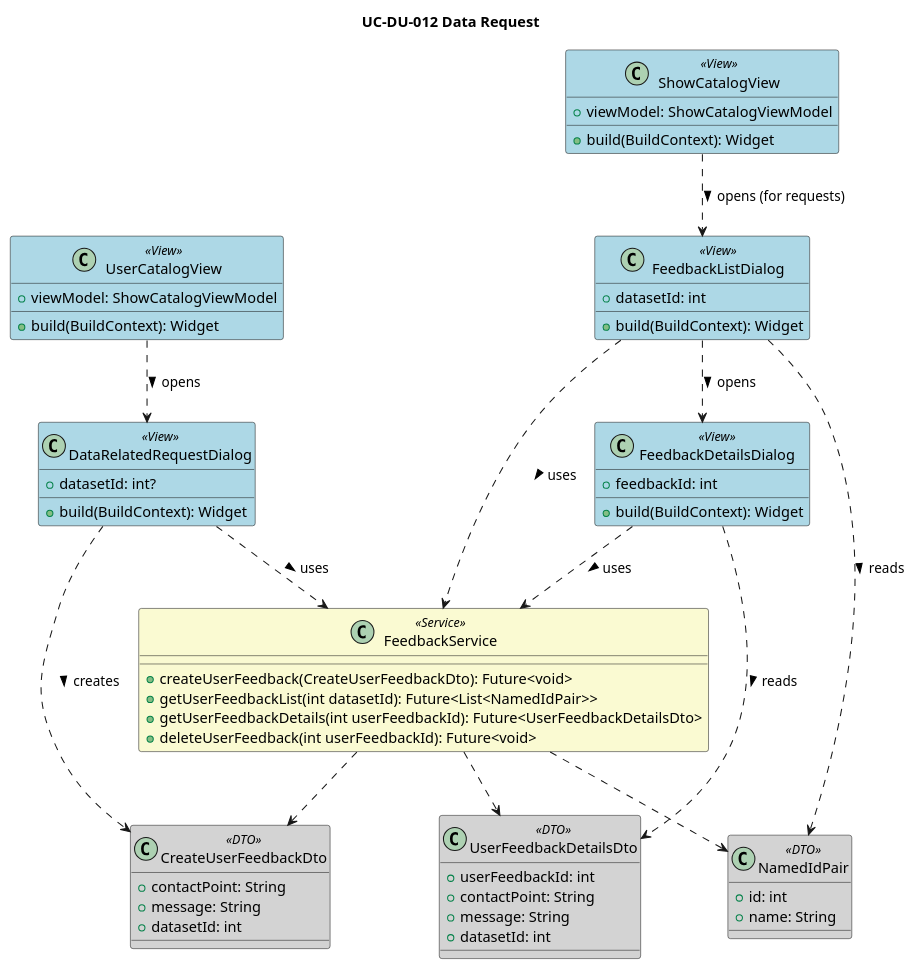
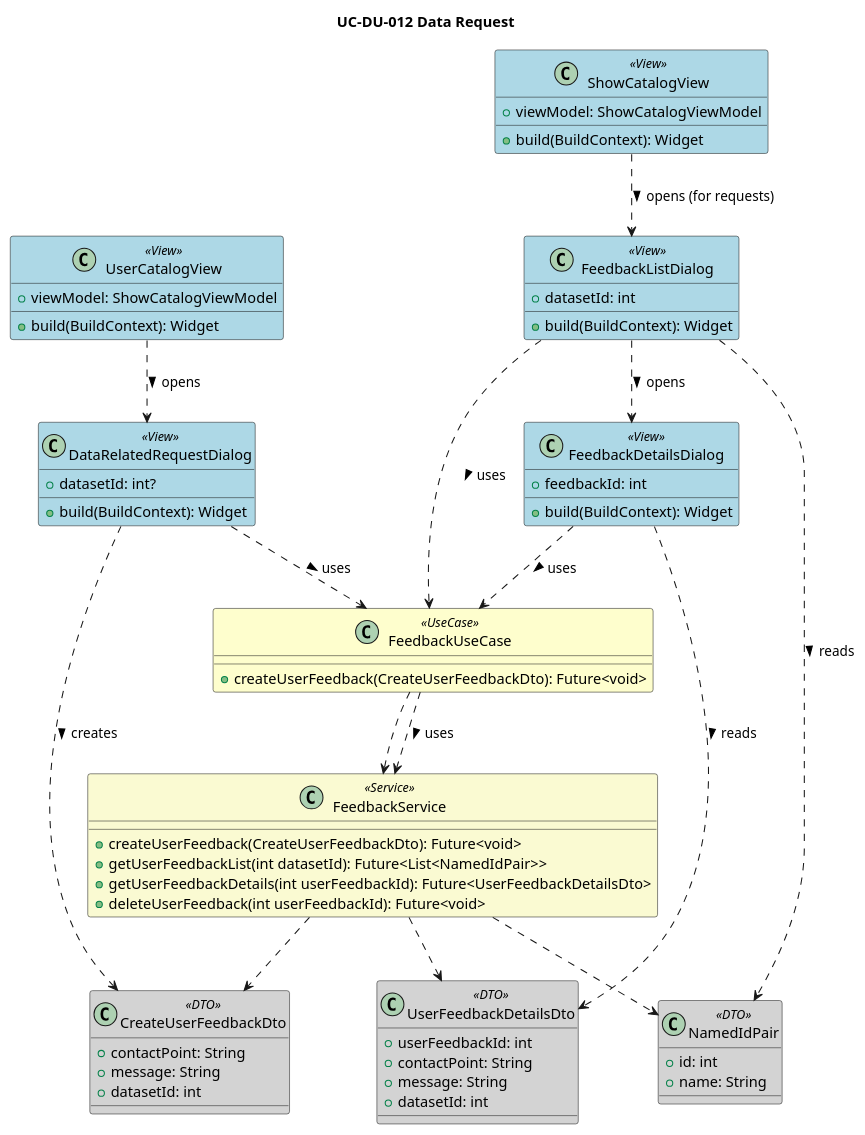
Before and after one commit to Kuaaro/ProjOprog-Front: the diagram in proj_oprog_front/docs/UC-DU-012 Data Request/classes.puml, drawn with PlantUML. The commit also changed 7 other files, not shown here.

```diff
--- a/proj_oprog_front/docs/UC-DU-012 Data Request/classes.puml
+++ b/proj_oprog_front/docs/UC-DU-012 Data Request/classes.puml
@@ -1,87 +1,93 @@
 @startuml
 title UC-DU-012 Data Request
 
 '--- STYLE CONFIGURATION ---
 skinparam class {
     BackgroundColor<<View>> LightBlue
     BackgroundColor<<ViewModel>> #D0F0F5
     BackgroundColor<<Controller>> #FFAB91
     BackgroundColor<<UseCase>> #FEFECD
     BackgroundColor<<Presenter>> #90EE90
     BackgroundColor<<Service>> #FAFAD2
     BackgroundColor<<DTO>> #D3D3D3
 }
 
 '--- VIEWS ---
 class UserCatalogView <<View>> {
   +viewModel: ShowCatalogViewModel
   +build(BuildContext): Widget
 }
 
 class DataRelatedRequestDialog <<View>> {
   +datasetId: int?
   +build(BuildContext): Widget
 }
 
 class ShowCatalogView <<View>> {
   +viewModel: ShowCatalogViewModel
   +build(BuildContext): Widget
 }
 
 class FeedbackListDialog <<View>> {
   +datasetId: int
   +build(BuildContext): Widget
 }
 
 class FeedbackDetailsDialog <<View>> {
   +feedbackId: int
   +build(BuildContext): Widget
 }
 
-'--- SERVICE ---
+'--- USE CASE & SERVICE ---
+class FeedbackUseCase <<UseCase>> {
+  +createUserFeedback(CreateUserFeedbackDto): Future<void>
+}
+
 class FeedbackService <<Service>> {
   +createUserFeedback(CreateUserFeedbackDto): Future<void>
   +getUserFeedbackList(int datasetId): Future<List<NamedIdPair>>
   +getUserFeedbackDetails(int userFeedbackId): Future<UserFeedbackDetailsDto>
   +deleteUserFeedback(int userFeedbackId): Future<void>
 }
 
 '--- DTOs ---
 class CreateUserFeedbackDto <<DTO>> {
   +contactPoint: String
   +message: String
   +datasetId: int
 }
 
 class NamedIdPair <<DTO>> {
   +id: int
   +name: String
 }
 
 class UserFeedbackDetailsDto <<DTO>> {
   +userFeedbackId: int
   +contactPoint: String
   +message: String
   +datasetId: int
 }
 
 '--- RELATIONSHIPS ---
-' Requesting Data (User Side)
+' Requesting Data (User Side, UC-DU-012)
 UserCatalogView ..> DataRelatedRequestDialog : opens >
-DataRelatedRequestDialog ..> FeedbackService : uses >
+DataRelatedRequestDialog ..> FeedbackUseCase : uses >
+FeedbackUseCase ..> FeedbackService : uses >
 DataRelatedRequestDialog ..> CreateUserFeedbackDto : creates >
 
-' Viewing Requests (Manager Side)
+' Viewing Requests (Manager Side, UC-DU-011)
 ShowCatalogView ..> FeedbackListDialog : opens (for requests) >
 FeedbackListDialog ..> FeedbackDetailsDialog : opens >
-FeedbackListDialog ..> FeedbackService : uses >
-FeedbackDetailsDialog ..> FeedbackService : uses >
+FeedbackListDialog ..> FeedbackUseCase : uses >
+FeedbackDetailsDialog ..> FeedbackUseCase : uses >
+FeedbackUseCase ..> FeedbackService
 
 FeedbackService ..> CreateUserFeedbackDto
 FeedbackService ..> NamedIdPair
 FeedbackService ..> UserFeedbackDetailsDto
 
 FeedbackListDialog ..> NamedIdPair : reads >
 FeedbackDetailsDialog ..> UserFeedbackDetailsDto : reads >
 
 @enduml
```
